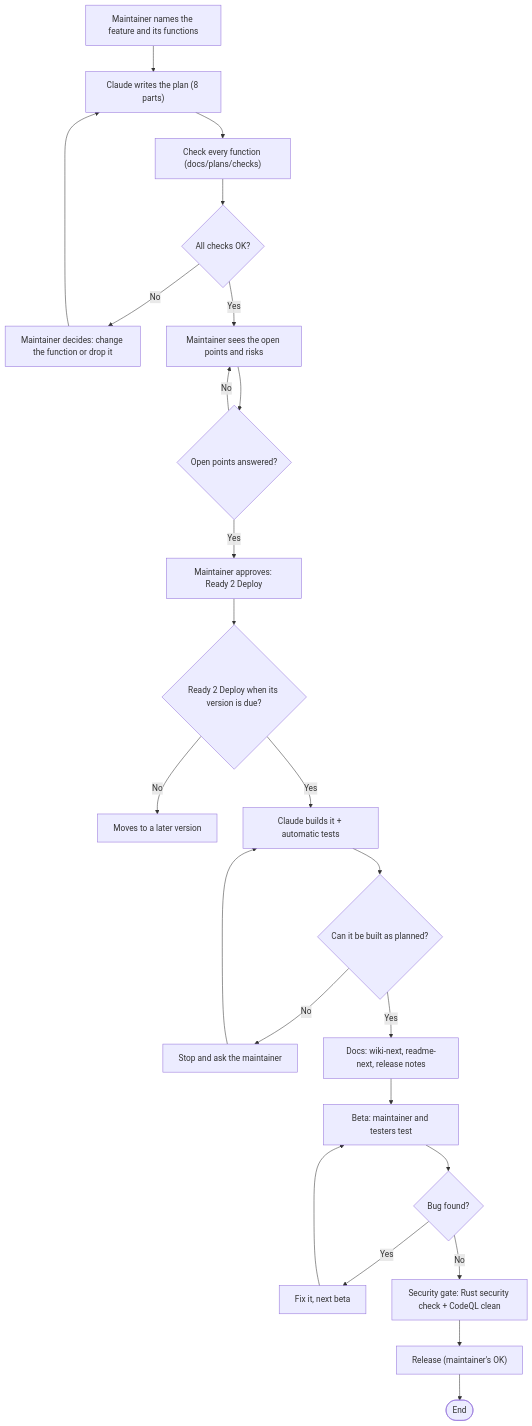
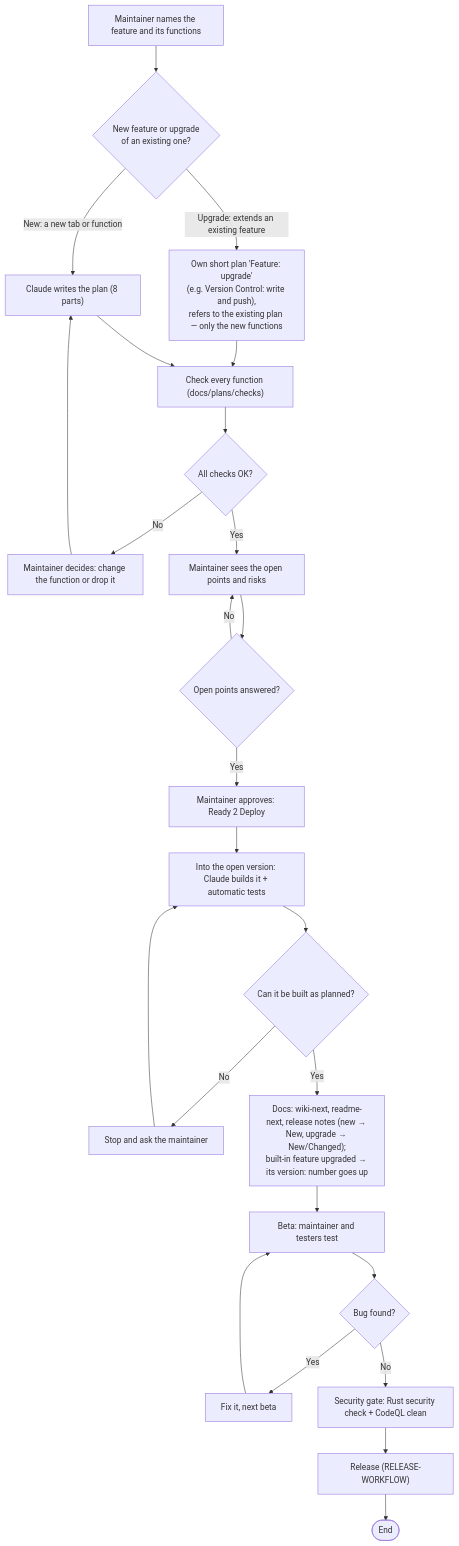
Before and after one commit to GFGMNET/Workspace: the diagram in docs/FEATURE-WORKFLOW.md, drawn with Mermaid.

Commit message:
Feature workflow: upgrades of existing features (own short plan, same path)
Claude-Session: https://claude.ai/code/session_01YTmHS5QesE4imbb73iBYzB

````diff
--- a/docs/FEATURE-WORKFLOW.md
+++ b/docs/FEATURE-WORKFLOW.md
@@ -5,26 +5,27 @@
 ```mermaid
 flowchart TD
-   A["Maintainer names the feature and its functions"] --> B["Claude writes the plan (8 parts)"]
+   A["Maintainer names the feature and its functions"] --> U{"New feature or upgrade<br/>of an existing one?"}
+   U -->|New: a new tab or function| B["Claude writes the plan (8 parts)"]
+   U -->|Upgrade: extends an existing feature| V["Own short plan 'Feature: upgrade'<br/>(e.g. Version Control: write and push),<br/>refers to the existing plan — only the new functions"]
+   V --> C
    B --> C["Check every function (docs/plans/checks)"]
    C --> D{"All checks OK?"}
    D -->|No| E["Maintainer decides: change the function or drop it"]
    E --> B
    D -->|Yes| F["Maintainer sees the open points and risks"]
    F --> G{"Open points answered?"}
    G -->|No| F
    G -->|Yes| H["Maintainer approves: Ready 2 Deploy"]
-   H --> I{"Ready 2 Deploy when its version is due?"}
-   I -->|No| J["Moves to a later version"]
-   I -->|Yes| K["Claude builds it + automatic tests"]
+   H --> K["Into the open version: Claude builds it + automatic tests"]
    K --> L{"Can it be built as planned?"}
    L -->|No| M["Stop and ask the maintainer"]
    M --> K
-   L -->|Yes| N["Docs: wiki-next, readme-next, release notes"]
+   L -->|Yes| N["Docs: wiki-next, readme-next, release notes (new → New, upgrade → New/Changed);<br/>built-in feature upgraded → its version: number goes up"]
    N --> O["Beta: maintainer and testers test"]
    O --> P{"Bug found?"}
    P -->|Yes| Q["Fix it, next beta"]
    Q --> O
    P -->|No| R["Security gate: Rust security check + CodeQL clean"]
-   R --> S["Release (maintainer's OK)"]
+   R --> S["Release (RELEASE-WORKFLOW)"]
    S --> T([End])
 ```
````
